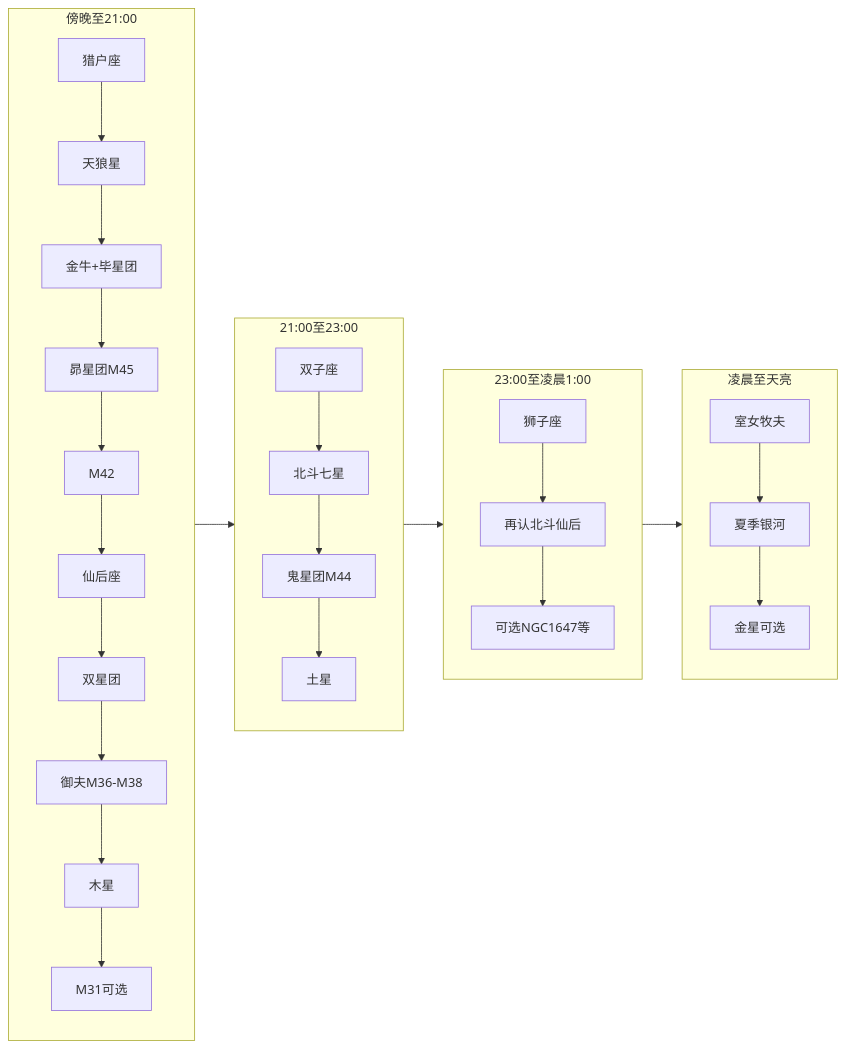
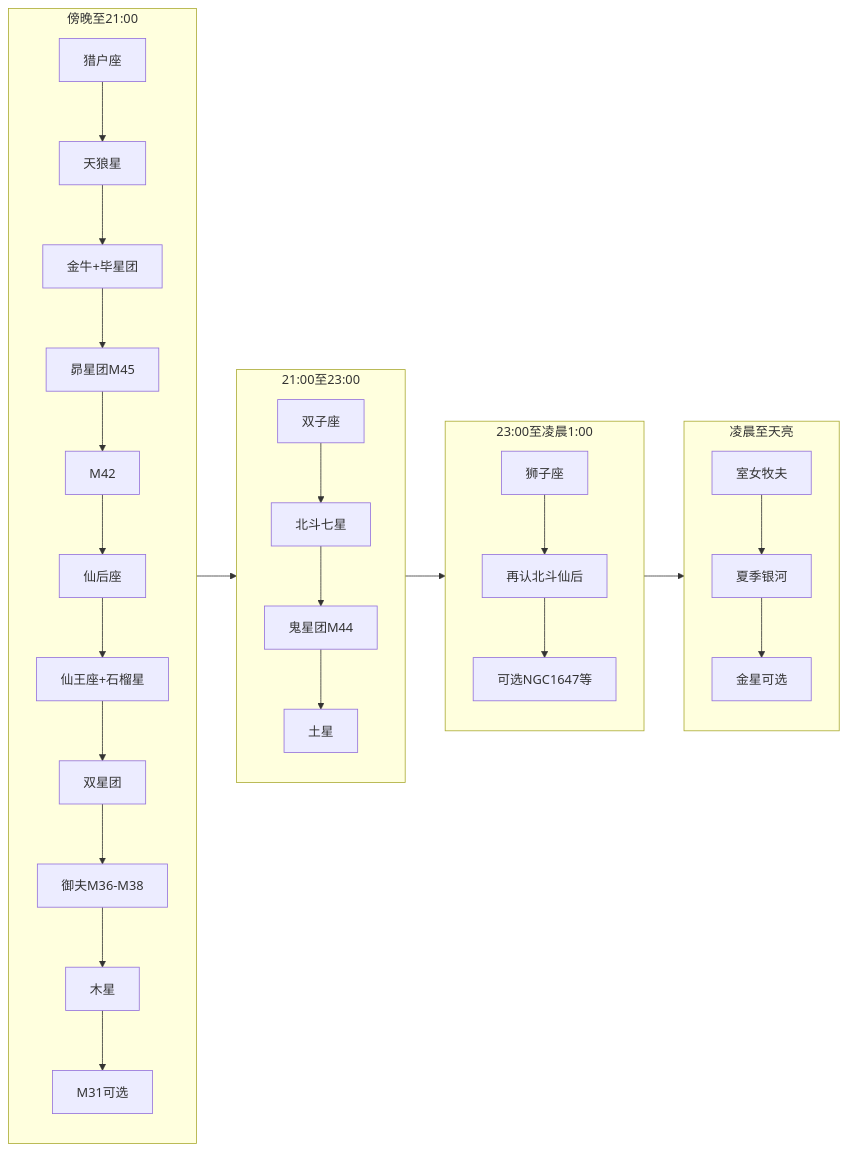
One commit to dadongshangu/nightwatch changed the diagram in 2026_shandong/观星计划_临朐春节一晚.md. Above: the diagram before and after it, drawn with Mermaid. The commit also changed other lines of this file and 1 other file, not shown here.

Commit message:
Refactor star group and constellation descriptions in the Shandong 2026 guide. Updated sections for 大熊座, 北斗七星, 仙后座, 仙王座, and 天龙座 to enhance clarity and detail. Added observational tips and relationships between constellations. Adjusted viewing order for optimal stargazing experience.

````diff
--- a/2026_shandong/观星计划_临朐春节一晚.md
+++ b/2026_shandong/观星计划_临朐春节一晚.md
@@ -137,28 +149,29 @@
 ```mermaid
 flowchart LR
   subgraph phase1 [傍晚至21:00]
     A[猎户座] --> B[天狼星]
     B --> C[金牛+毕星团]
     C --> D[昴星团M45]
-    D --> E[M42]
+    D -->     E[M42]
     E --> F[仙后座]
-    F --> G[双星团]
+    F --> F1[仙王座+石榴星]
+    F1 --> G[双星团]
     G --> H[御夫M36-M38]
     H --> I[木星]
     I --> J[M31可选]
   end
   subgraph phase2 [21:00至23:00]
     K[双子座] --> L[北斗七星]
     L --> M[鬼星团M44]
     M --> N[土星]
   end
   subgraph phase3 [23:00至凌晨1:00]
     O[狮子座] --> P[再认北斗仙后]
     P --> Q[可选NGC1647等]
   end
   subgraph phase4 [凌晨至天亮]
     R[室女牧夫] --> S[夏季银河]
     S --> T[金星可选]
   end
   phase1 --> phase2 --> phase3 --> phase4
 ```
````
